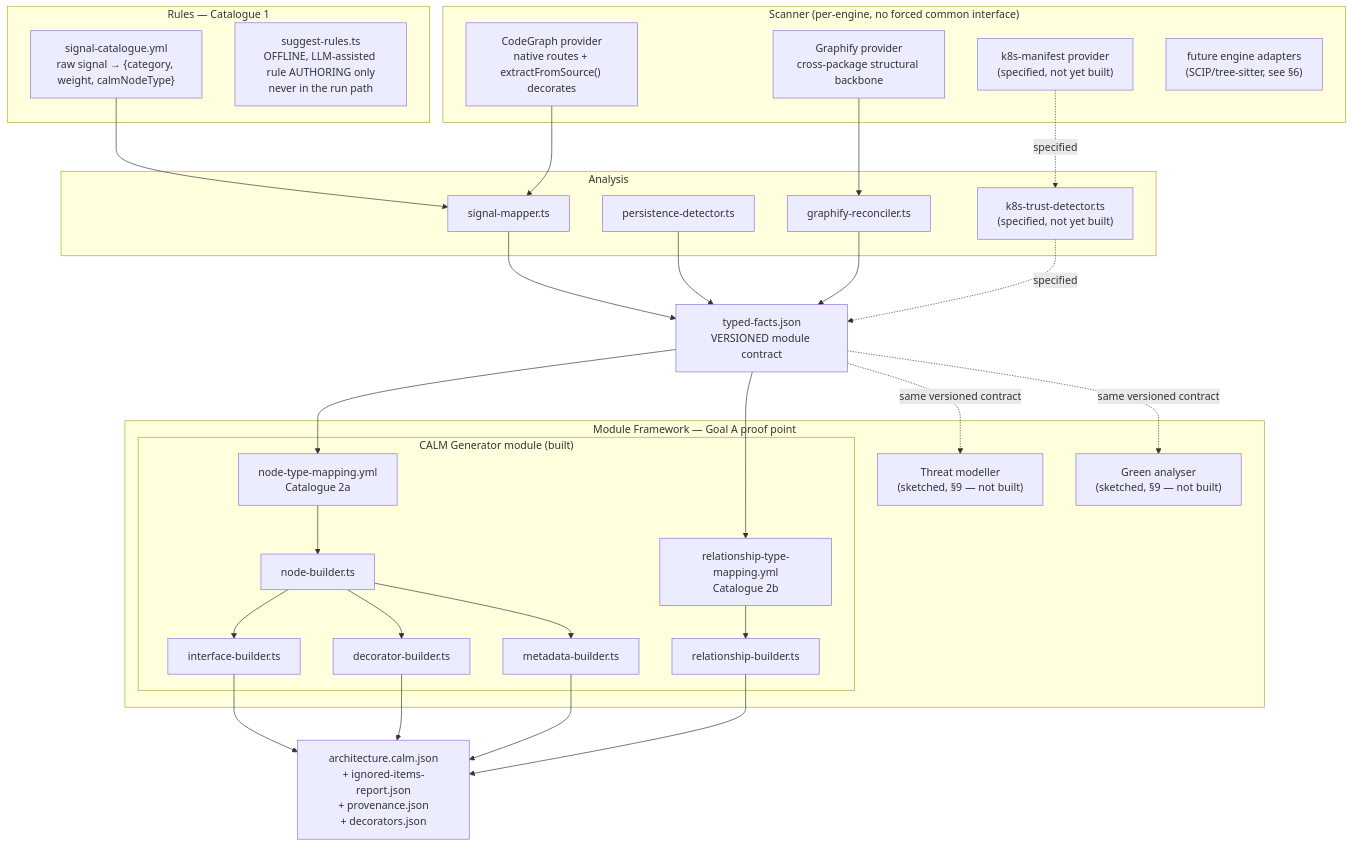
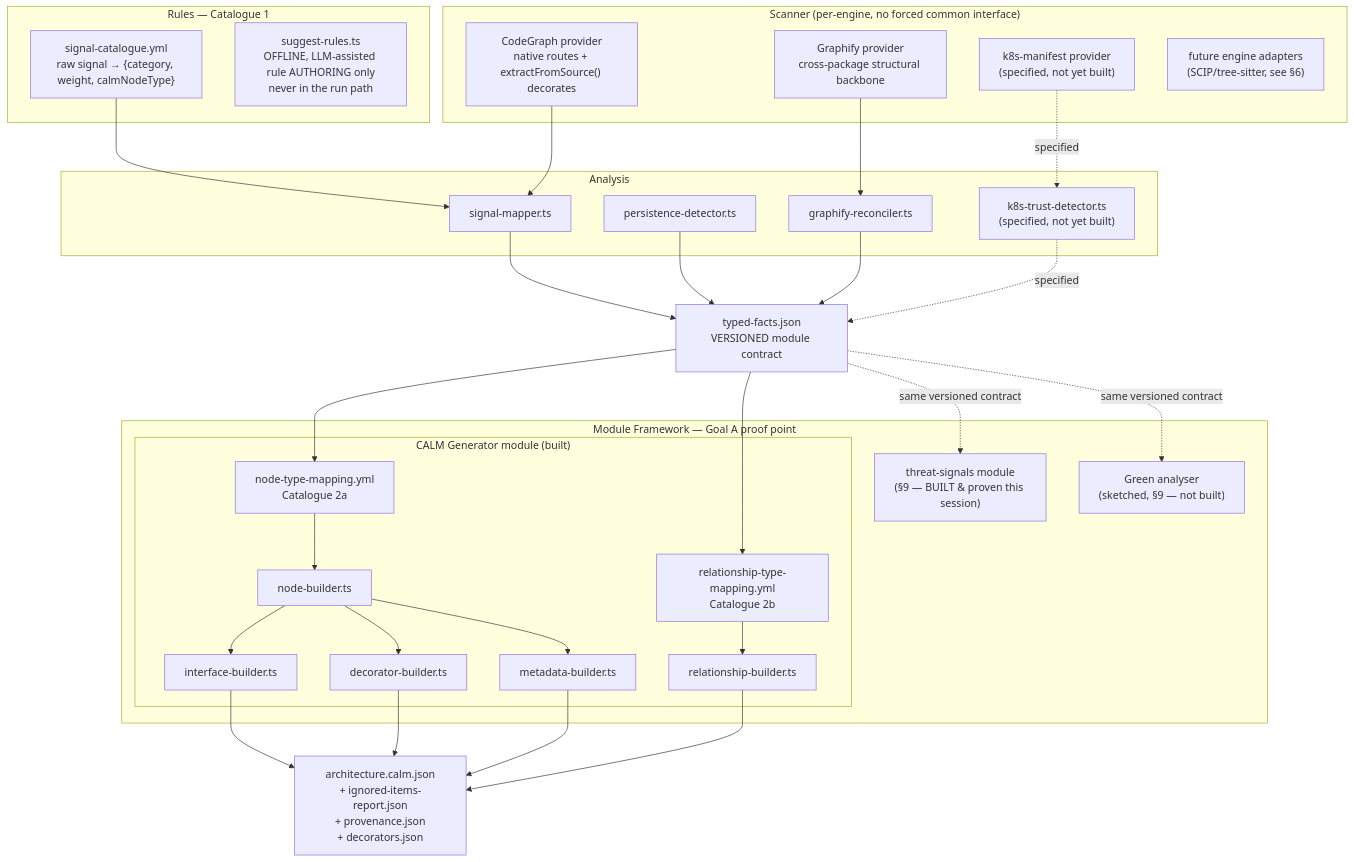
The diagram in docs/solution/Architecture_as_Code_Solution_Design_v2.md (gowrishankar005/cc), drawn with Mermaid before and after one commit. The commit also changed other lines of this file and 169 other files, not shown here.

````diff
--- a/docs/solution/Architecture_as_Code_Solution_Design_v2.md
+++ b/docs/solution/Architecture_as_Code_Solution_Design_v2.md
@@ -56,61 +94,61 @@
 ```mermaid
 flowchart TB
     subgraph Scanner["Scanner (per-engine, no forced common interface)"]
         CG["CodeGraph provider<br/>native routes + extractFromSource() decorates"]
         GF["Graphify provider<br/>cross-package structural backbone"]
         K8S["k8s-manifest provider<br/>(specified, not yet built)"]
         FUT["future engine adapters<br/>(SCIP/tree-sitter, see §6)"]
     end
 
     subgraph Rules["Rules — Catalogue 1"]
         SC["signal-catalogue.yml<br/>raw signal → {category, weight, calmNodeType}"]
         SR["suggest-rules.ts<br/>OFFLINE, LLM-assisted rule AUTHORING only<br/>never in the run path"]
     end
 
     subgraph Analysis["Analysis"]
         SM["signal-mapper.ts"]
         PD["persistence-detector.ts"]
         GR["graphify-reconciler.ts"]
         K8T["k8s-trust-detector.ts<br/>(specified, not yet built)"]
     end
 
     TF["typed-facts.json<br/>VERSIONED module contract"]
 
     subgraph Modules["Module Framework — Goal A proof point"]
         subgraph CALMGEN["CALM Generator module (built)"]
             NM["node-type-mapping.yml<br/>Catalogue 2a"]
             RM["relationship-type-mapping.yml<br/>Catalogue 2b"]
             NB["node-builder.ts"]
             IB["interface-builder.ts"]
             RB["relationship-builder.ts"]
             DB["decorator-builder.ts"]
             MB["metadata-builder.ts"]
         end
-        THREAT["Threat modeller<br/>(sketched, §9 — not built)"]
+        THREAT["threat-signals module<br/>(§9 — BUILT & proven this session)"]
         GREEN["Green analyser<br/>(sketched, §9 — not built)"]
     end
 
     OUT["architecture.calm.json<br/>+ ignored-items-report.json<br/>+ provenance.json<br/>+ decorators.json"]
 
     CG --> SM
     GF --> GR
     K8S -.->|specified| K8T
     SC --> SM
     SM --> TF
     PD --> TF
     GR --> TF
     K8T -.->|specified| TF
     TF --> NM
     TF --> RM
     NM --> NB
     RM --> RB
     NB --> IB
     NB --> DB
     NB --> MB
     IB --> OUT
     RB --> OUT
     DB --> OUT
     MB --> OUT
     TF -.->|same versioned contract| THREAT
     TF -.->|same versioned contract| GREEN
 ```
````
